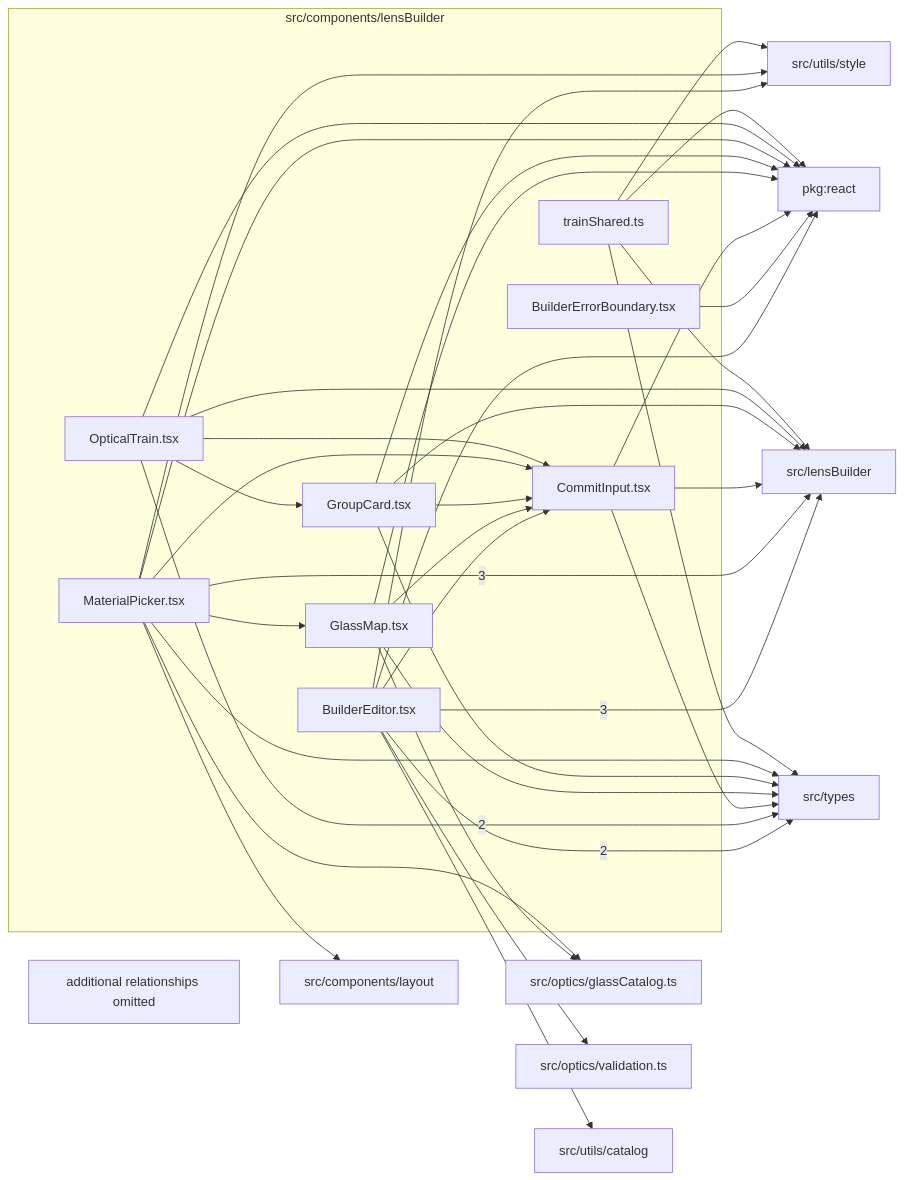
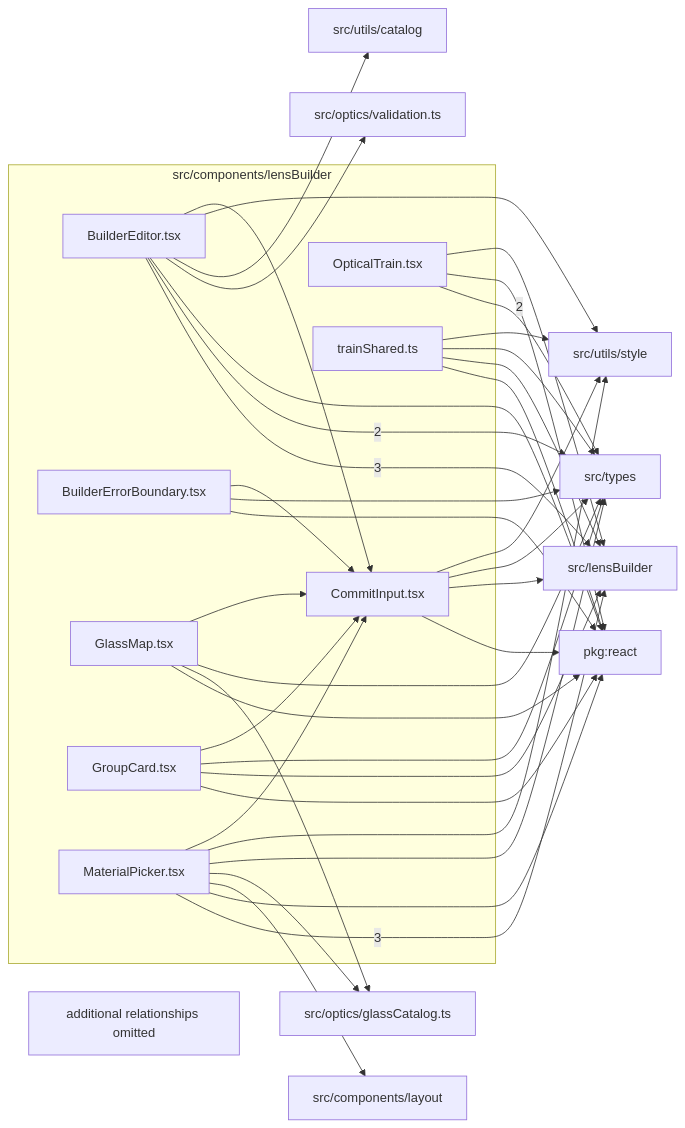
Before and after one commit to ronbuening/LensVisualizer: the diagram in src/components/lensBuilder/readme.md, drawn with Mermaid. The commit also changed other lines of this file and 5 other files, not shown here.

````diff
--- a/src/components/lensBuilder/readme.md
+++ b/src/components/lensBuilder/readme.md
@@ -9,58 +9,58 @@
 ```mermaid
 flowchart LR
   subgraph n_src_components_lensBuilder["src/components/lensBuilder"]
     n_src_components_lensBuilder_src_components_lensBuilder_BuilderEditor_tsx["BuilderEditor.tsx"]
     n_src_components_lensBuilder_src_components_lensBuilder_BuilderErrorBoundary_tsx["BuilderErrorBoundary.tsx"]
     n_src_components_lensBuilder_src_components_lensBuilder_CommitInput_tsx["CommitInput.tsx"]
     n_src_components_lensBuilder_src_components_lensBuilder_GlassMap_tsx["GlassMap.tsx"]
     n_src_components_lensBuilder_src_components_lensBuilder_GroupCard_tsx["GroupCard.tsx"]
     n_src_components_lensBuilder_src_components_lensBuilder_MaterialPicker_tsx["MaterialPicker.tsx"]
     n_src_components_lensBuilder_src_components_lensBuilder_OpticalTrain_tsx["OpticalTrain.tsx"]
     n_src_components_lensBuilder_src_components_lensBuilder_trainShared_ts["trainShared.ts"]
   end
   n_external_src_lensBuilder["src/lensBuilder"]
   n_external_src_types["src/types"]
   n_external_pkg_react["pkg:react"]
   n_external_src_components_layout["src/components/layout"]
   n_external_src_optics_glassCatalog_ts["src/optics/glassCatalog.ts"]
   n_external_src_optics_validation_ts["src/optics/validation.ts"]
   n_external_src_utils_catalog["src/utils/catalog"]
   n_external_src_utils_style["src/utils/style"]
   n_src_components_lensBuilder_src_components_lensBuilder_BuilderEditor_tsx --> |3| n_external_src_lensBuilder
   n_src_components_lensBuilder_src_components_lensBuilder_MaterialPicker_tsx --> |3| n_external_src_lensBuilder
   n_src_components_lensBuilder_src_components_lensBuilder_BuilderEditor_tsx --> |2| n_external_src_types
   n_src_components_lensBuilder_src_components_lensBuilder_OpticalTrain_tsx --> |2| n_external_src_types
   n_src_components_lensBuilder_src_components_lensBuilder_BuilderEditor_tsx --> n_external_pkg_react
   n_src_components_lensBuilder_src_components_lensBuilder_BuilderErrorBoundary_tsx --> n_external_pkg_react
   n_src_components_lensBuilder_src_components_lensBuilder_CommitInput_tsx --> n_external_pkg_react
   n_src_components_lensBuilder_src_components_lensBuilder_GlassMap_tsx --> n_external_pkg_react
   n_src_components_lensBuilder_src_components_lensBuilder_GroupCard_tsx --> n_external_pkg_react
   n_src_components_lensBuilder_src_components_lensBuilder_MaterialPicker_tsx --> n_external_pkg_react
   n_src_components_lensBuilder_src_components_lensBuilder_OpticalTrain_tsx --> n_external_pkg_react
   n_src_components_lensBuilder_src_components_lensBuilder_trainShared_ts --> n_external_pkg_react
   n_src_components_lensBuilder_src_components_lensBuilder_MaterialPicker_tsx --> n_external_src_components_layout
   n_src_components_lensBuilder_src_components_lensBuilder_CommitInput_tsx --> n_external_src_lensBuilder
   n_src_components_lensBuilder_src_components_lensBuilder_GroupCard_tsx --> n_external_src_lensBuilder
   n_src_components_lensBuilder_src_components_lensBuilder_OpticalTrain_tsx --> n_external_src_lensBuilder
   n_src_components_lensBuilder_src_components_lensBuilder_trainShared_ts --> n_external_src_lensBuilder
   n_src_components_lensBuilder_src_components_lensBuilder_GlassMap_tsx --> n_external_src_optics_glassCatalog_ts
   n_src_components_lensBuilder_src_components_lensBuilder_MaterialPicker_tsx --> n_external_src_optics_glassCatalog_ts
   n_src_components_lensBuilder_src_components_lensBuilder_BuilderEditor_tsx --> n_external_src_optics_validation_ts
+  n_src_components_lensBuilder_src_components_lensBuilder_BuilderErrorBoundary_tsx --> n_external_src_types
   n_src_components_lensBuilder_src_components_lensBuilder_CommitInput_tsx --> n_external_src_types
   n_src_components_lensBuilder_src_components_lensBuilder_GlassMap_tsx --> n_external_src_types
   n_src_components_lensBuilder_src_components_lensBuilder_GroupCard_tsx --> n_external_src_types
   n_src_components_lensBuilder_src_components_lensBuilder_MaterialPicker_tsx --> n_external_src_types
   n_src_components_lensBuilder_src_components_lensBuilder_trainShared_ts --> n_external_src_types
   n_src_components_lensBuilder_src_components_lensBuilder_BuilderEditor_tsx --> n_external_src_utils_catalog
   n_src_components_lensBuilder_src_components_lensBuilder_BuilderEditor_tsx --> n_external_src_utils_style
+  n_src_components_lensBuilder_src_components_lensBuilder_CommitInput_tsx --> n_external_src_utils_style
   n_src_components_lensBuilder_src_components_lensBuilder_MaterialPicker_tsx --> n_external_src_utils_style
   n_src_components_lensBuilder_src_components_lensBuilder_trainShared_ts --> n_external_src_utils_style
   n_src_components_lensBuilder_src_components_lensBuilder_BuilderEditor_tsx --> n_src_components_lensBuilder_src_components_lensBuilder_CommitInput_tsx
+  n_src_components_lensBuilder_src_components_lensBuilder_BuilderErrorBoundary_tsx --> n_src_components_lensBuilder_src_components_lensBuilder_CommitInput_tsx
   n_src_components_lensBuilder_src_components_lensBuilder_GlassMap_tsx --> n_src_components_lensBuilder_src_components_lensBuilder_CommitInput_tsx
   n_src_components_lensBuilder_src_components_lensBuilder_GroupCard_tsx --> n_src_components_lensBuilder_src_components_lensBuilder_CommitInput_tsx
   n_src_components_lensBuilder_src_components_lensBuilder_MaterialPicker_tsx --> n_src_components_lensBuilder_src_components_lensBuilder_CommitInput_tsx
-  n_src_components_lensBuilder_src_components_lensBuilder_OpticalTrain_tsx --> n_src_components_lensBuilder_src_components_lensBuilder_CommitInput_tsx
-  n_src_components_lensBuilder_src_components_lensBuilder_MaterialPicker_tsx --> n_src_components_lensBuilder_src_components_lensBuilder_GlassMap_tsx
-  n_src_components_lensBuilder_src_components_lensBuilder_OpticalTrain_tsx --> n_src_components_lensBuilder_src_components_lensBuilder_GroupCard_tsx
   n_src_components_lensBuilder_truncated["additional relationships omitted"]
 ```
````
